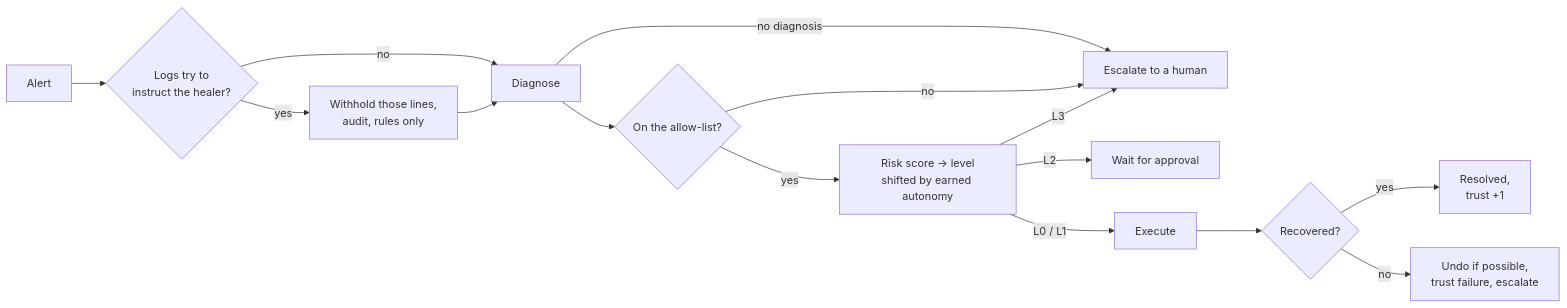
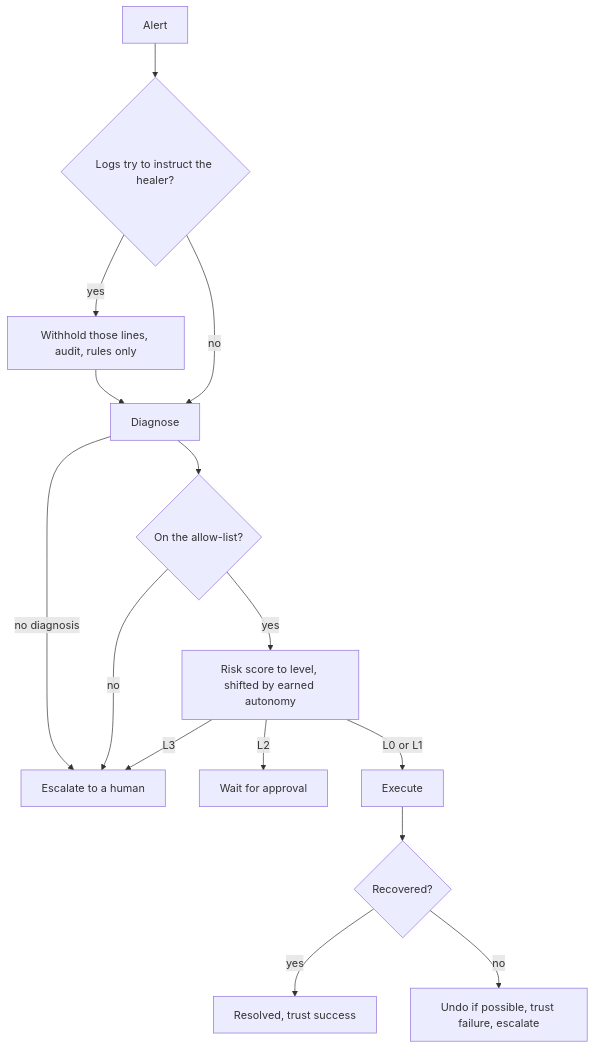
The second of 2 diagrams in README.md (saahiwrite/strata), drawn with Mermaid before and after one commit. The commit also changed other lines of this file, not shown here.

Commit message:
README: make the two diagrams readable on GitHub

````diff
--- a/README.md
+++ b/README.md
@@ -48,17 +50,16 @@
 ```mermaid
-flowchart LR
-    A[Alert] --> S{Logs try to<br/>instruct the healer?}
-    S -- yes --> W[Withhold those lines,<br/>audit, rules only]
-    S -- no --> D
-    W --> D[Diagnose]
+flowchart TB
+    A[Alert] --> S{"Logs try to instruct the healer?"}
+    S -- yes --> W["Withhold those lines, audit, rules only"] --> D
+    S -- no --> D[Diagnose]
     D -- no diagnosis --> H[Escalate to a human]
-    D --> V{On the allow-list?}
+    D --> V{"On the allow-list?"}
     V -- no --> H
-    V -- yes --> R[Risk score → level<br/>shifted by earned autonomy]
+    V -- yes --> R["Risk score to level, shifted by earned autonomy"]
     R -- L3 --> H
     R -- L2 --> P[Wait for approval]
-    R -- L0 / L1 --> X[Execute]
+    R -- "L0 or L1" --> X[Execute]
     X --> Y{Recovered?}
-    Y -- yes --> OK[Resolved,<br/>trust +1]
-    Y -- no --> U[Undo if possible,<br/>trust failure, escalate]
+    Y -- yes --> OK["Resolved, trust success"]
+    Y -- no --> U["Undo if possible, trust failure, escalate"]
 ```
````
